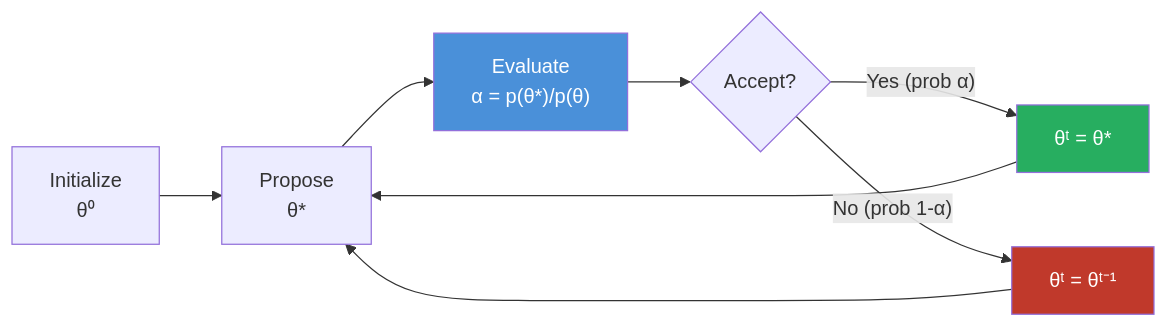
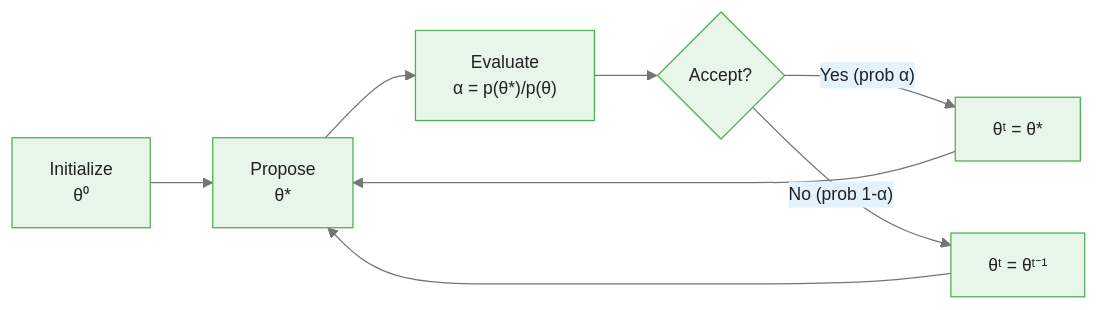
One commit to m-deane/course-creator changed the first of 4 diagrams in courses/bayesian-commodity-forecasting/modules/module_06_inference/guides/01_mcmc_foundations_slides.md. Above: the diagram before and after it, drawn with Mermaid. The commit also changed other lines of this file and 104 other files, not shown here.

````diff
--- a/courses/bayesian-commodity-forecasting/modules/module_06_inference/guides/01_mcmc_foundations_slides.md
+++ b/courses/bayesian-commodity-forecasting/modules/module_06_inference/guides/01_mcmc_foundations_slides.md
@@ -42,13 +50,11 @@
 ```mermaid
+%%{init: {"theme": "base", "themeVariables": {"primaryColor": "#e8f5e9", "primaryBorderColor": "#4caf50", "primaryTextColor": "#212121", "secondaryColor": "#e3f2fd", "tertiaryColor": "#fff8e1", "lineColor": "#757575", "fontFamily": "Inter, sans-serif", "fontSize": "14px"}}}%%
 flowchart LR
     INIT["Initialize\nθ⁰"] --> PROP["Propose\nθ*"]
     PROP --> EVAL["Evaluate\nα = p(θ*)/p(θ)"]
     EVAL --> DEC{"Accept?"}
     DEC -->|"Yes (prob α)"| ACC["θᵗ = θ*"]
     DEC -->|"No (prob 1-α)"| REJ["θᵗ = θᵗ⁻¹"]
     ACC --> PROP
     REJ --> PROP
-    style EVAL fill:#4a90d9,color:#fff
-    style ACC fill:#27ae60,color:#fff
-    style REJ fill:#c0392b,color:#fff
 ```
````
